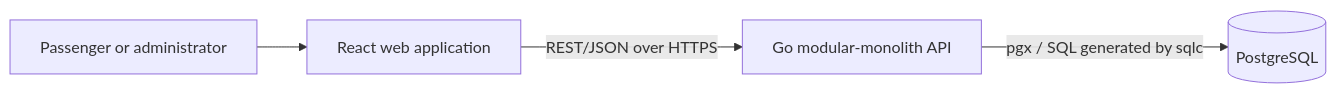
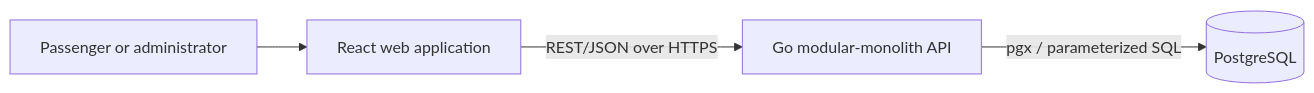
Before and after one commit to lahiruudayakumara/rail-seat-booking: the diagram in README.md, drawn with Mermaid. The commit also changed other lines of this file and 88 other files, not shown here.

````diff
--- a/README.md
+++ b/README.md
@@ -25,6 +25,6 @@
 ```mermaid
 flowchart LR
   U["Passenger or administrator"] --> W["React web application"]
   W -->|"REST/JSON over HTTPS"| A["Go modular-monolith API"]
-  A -->|"pgx / SQL generated by sqlc"| P[("PostgreSQL")]
+  A -->|"pgx / parameterized SQL"| P[("PostgreSQL")]
 ```
````
